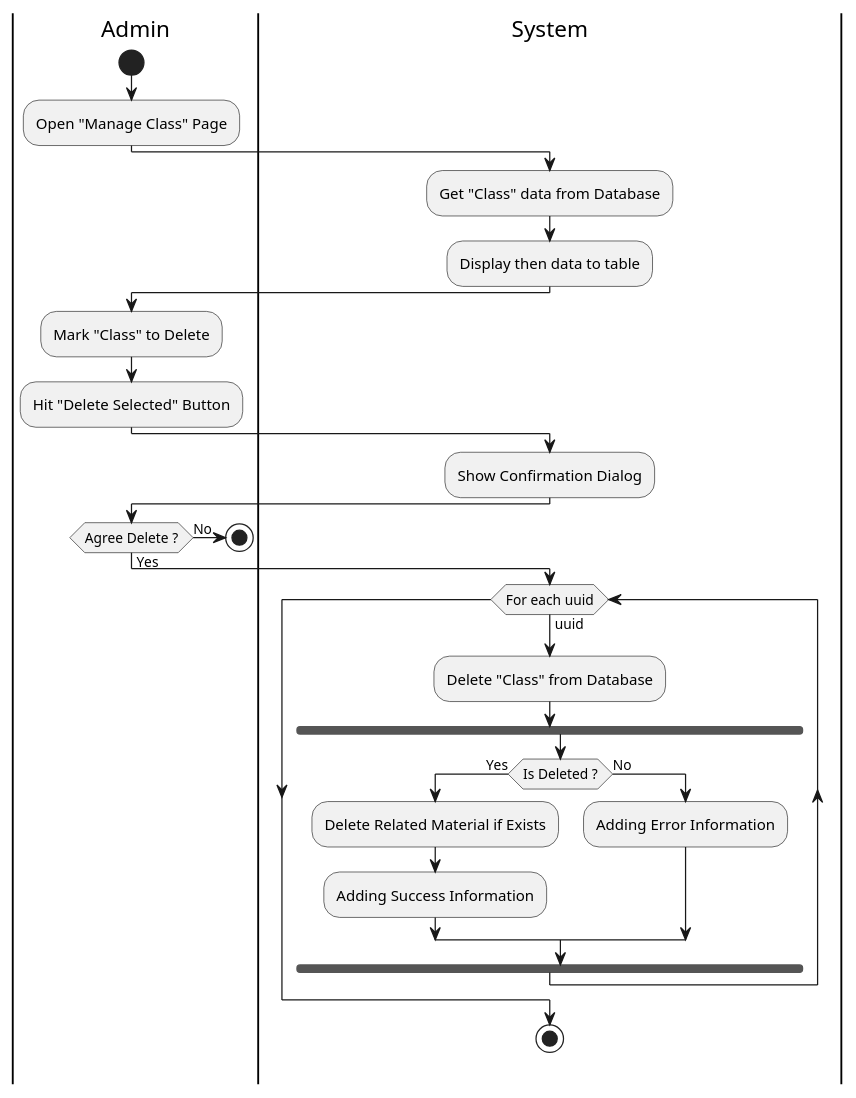
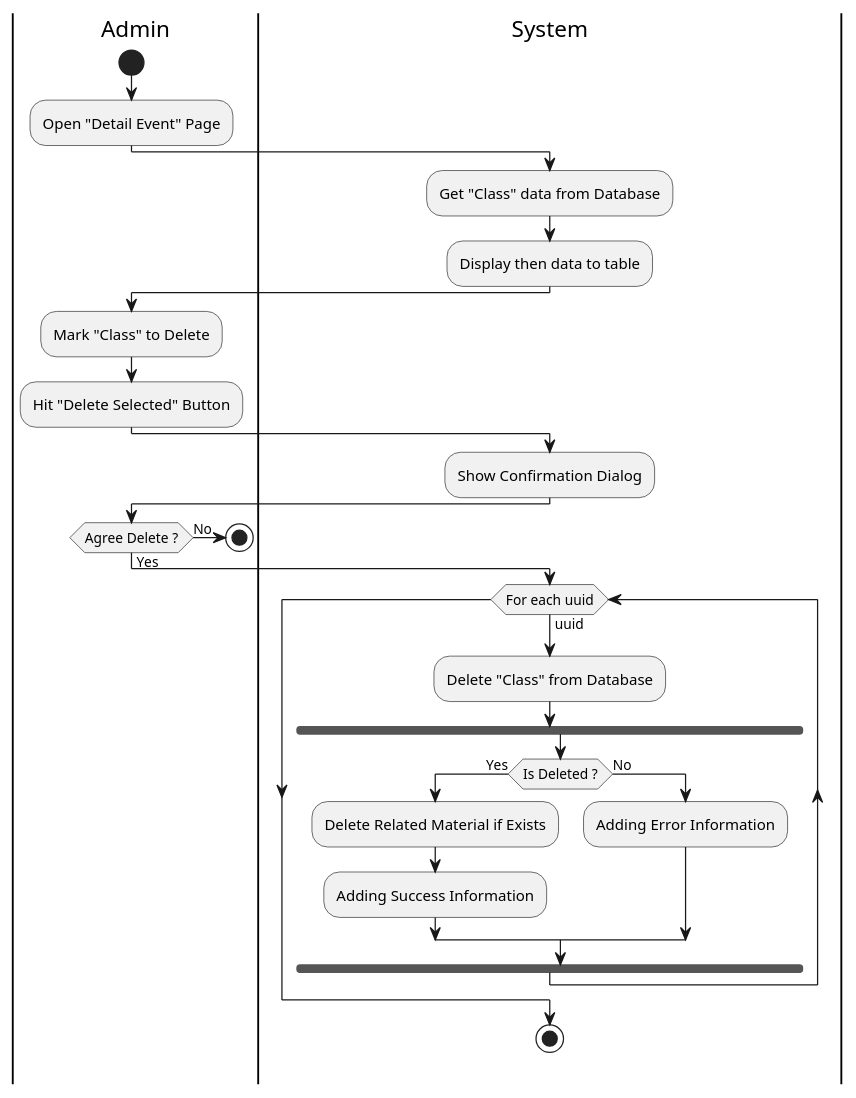
Before and after one commit to fwidjaya20/fazzlearning-uml: the diagram in Activity/Release01/DeleteClass.wsd, drawn with PlantUML. The commit also changed 7 other files, not shown here.

Commit message:
activity: update delete class and event flow

```diff
--- a/Activity/Release01/DeleteClass.wsd
+++ b/Activity/Release01/DeleteClass.wsd
@@ -1,41 +1,41 @@
 @startuml DeleteClass
 
 skinparam ConditionEndStyle hline
 skinparam Monochrome true
 skinparam Shadowing false
 
 |Admin|
 start
-:Open "Manage Class" Page;
+:Open "Detail Event" Page;
 
 |System|
 :Get "Class" data from Database;
 :Display then data to table;
 
 |Admin|
 :Mark "Class" to Delete;
 :Hit "Delete Selected" Button;
 
 |System|
 :Show Confirmation Dialog;
 
 |Admin|
 if (Agree Delete ?) then (No)
     stop
 else (Yes)
     |System|
     while (For each uuid) is (uuid)
         :Delete "Class" from Database;
         fork
             |System|
             if (Is Deleted ?) then (Yes)
                 :Delete Related Material if Exists;
                 :Adding Success Information;
             else (No)
                 :Adding Error Information;
             endif
         endfork
     endwhile
     stop
 endif
 @enduml
```
